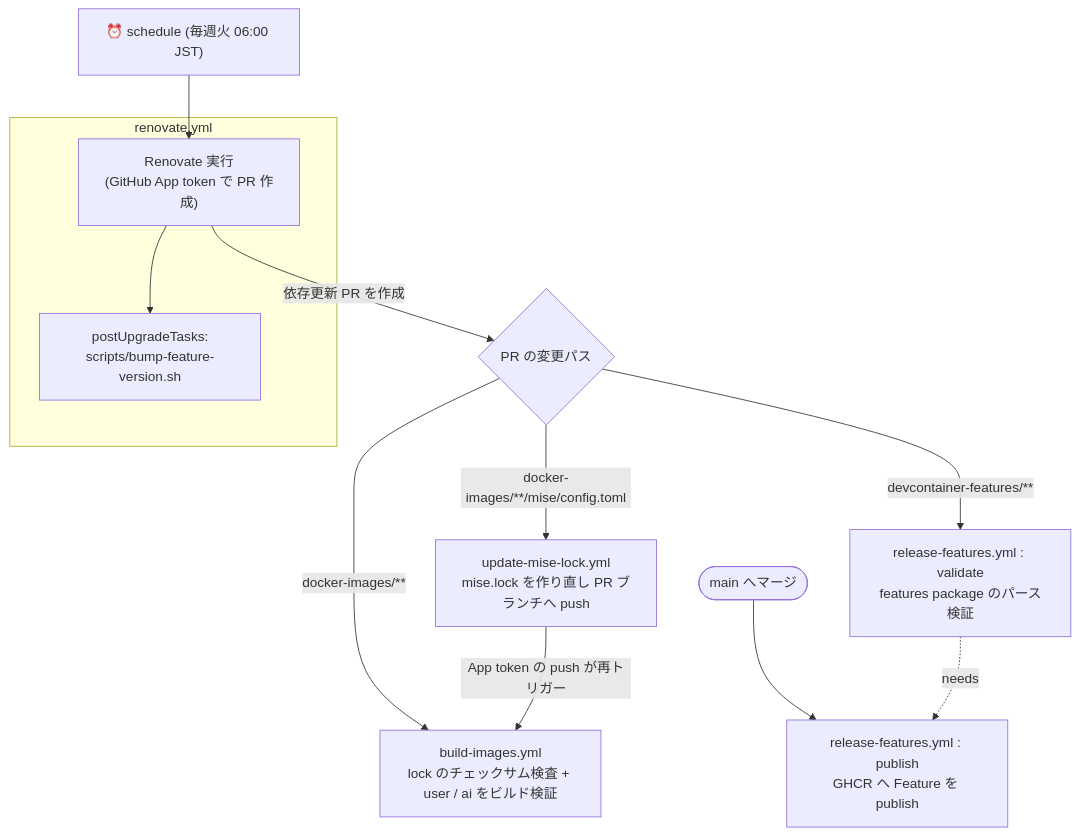
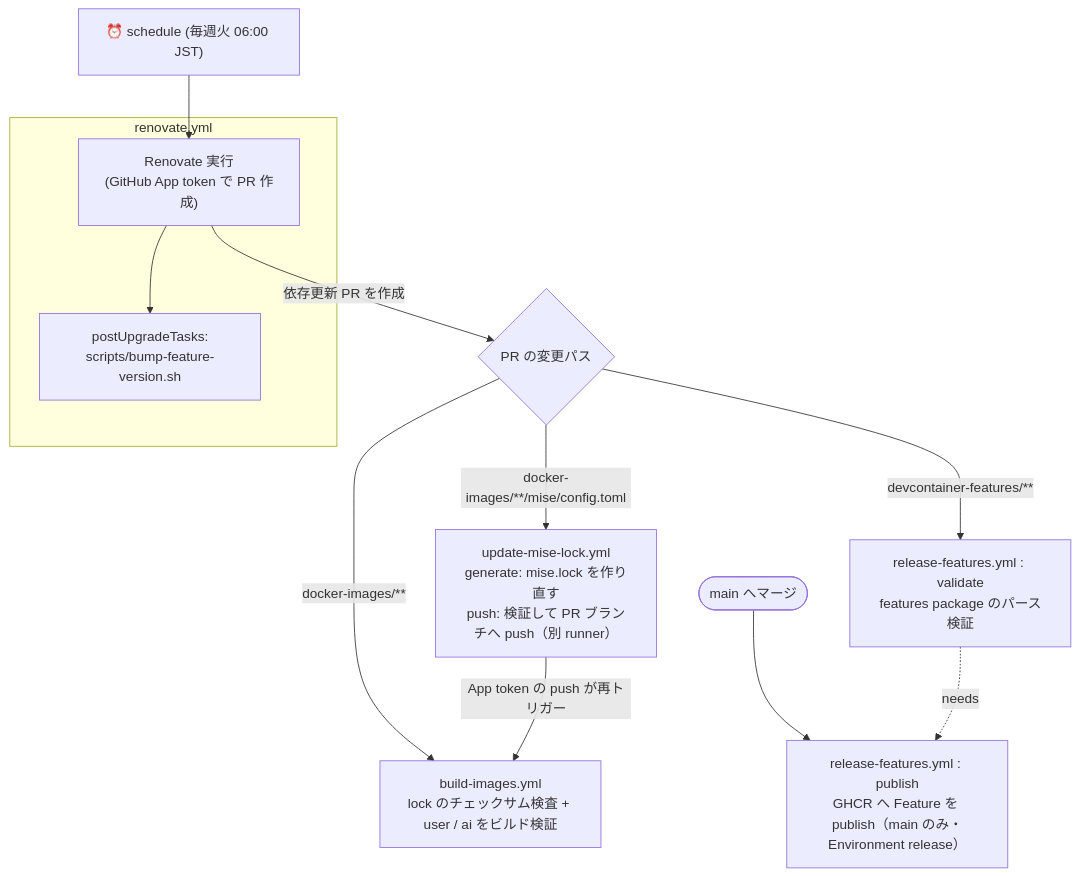
Before and after one commit to Diiva-Szk/devcontainer-env-core: the diagram in README.md, drawn with Mermaid. The commit also changed other lines of this file and 12 other files, not shown here.

````diff
--- a/README.md
+++ b/README.md
@@ -103,21 +103,21 @@
 ```mermaid
 flowchart TD
     cron["⏰ schedule (毎週火 06:00 JST)"] --> renovate
 
     subgraph renovate_wf["renovate.yml"]
         renovate["Renovate 実行<br/>(GitHub App token で PR 作成)"]
         bump["postUpgradeTasks:<br/>scripts/bump-feature-version.sh"]
         renovate --> bump
     end
 
     renovate -->|依存更新 PR を作成| PR{"PR の変更パス"}
 
     PR -->|"docker-images/**"| build["build-images.yml<br/>lock のチェックサム検査 + user / ai をビルド検証"]
-    PR -->|"docker-images/**/mise/config.toml"| lock["update-mise-lock.yml<br/>mise.lock を作り直し PR ブランチへ push"]
+    PR -->|"docker-images/**/mise/config.toml"| lock["update-mise-lock.yml<br/>generate: mise.lock を作り直す<br/>push: 検証して PR ブランチへ push（別 runner）"]
     PR -->|"devcontainer-features/**"| validate["release-features.yml : validate<br/>features package のパース検証"]
 
     lock -->|"App token の push が再トリガー"| build
 
-    merge(["main へマージ"]) --> publish["release-features.yml : publish<br/>GHCR へ Feature を publish"]
+    merge(["main へマージ"]) --> publish["release-features.yml : publish<br/>GHCR へ Feature を publish（main のみ・Environment release）"]
     validate -. "needs" .-> publish
 ```
````
